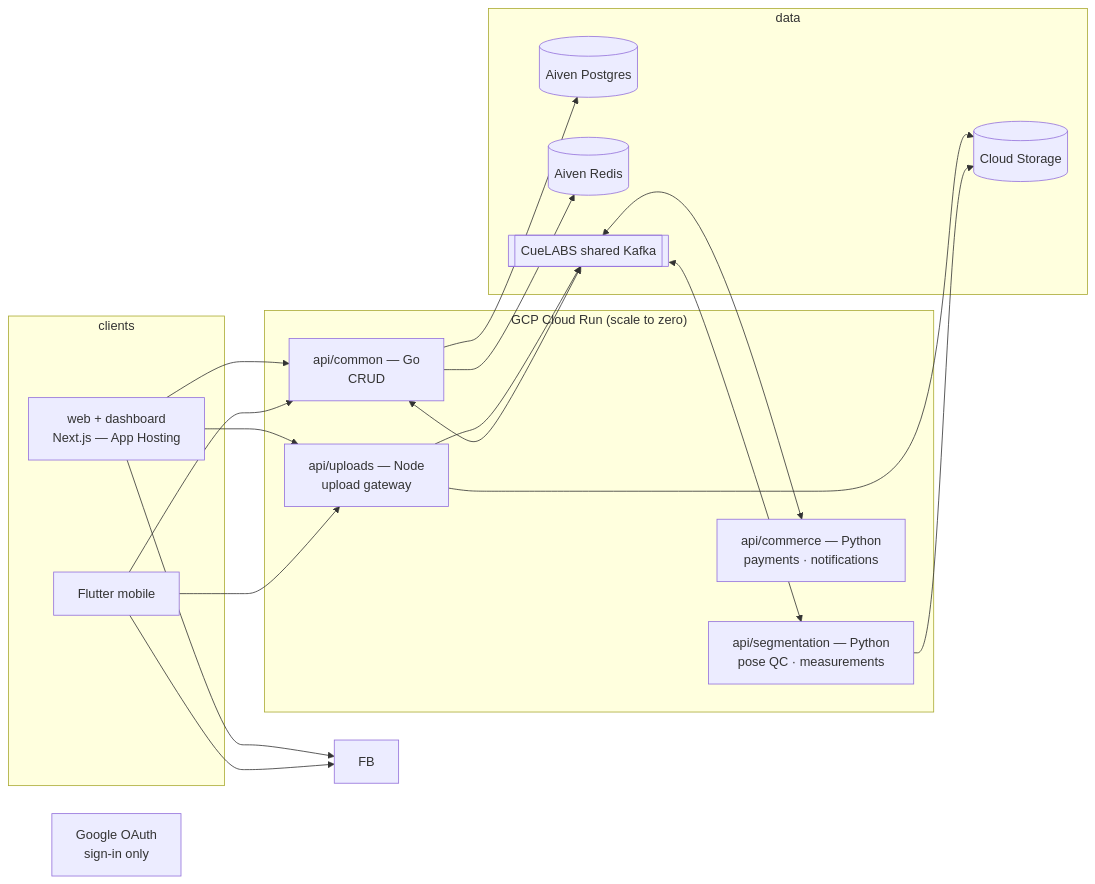
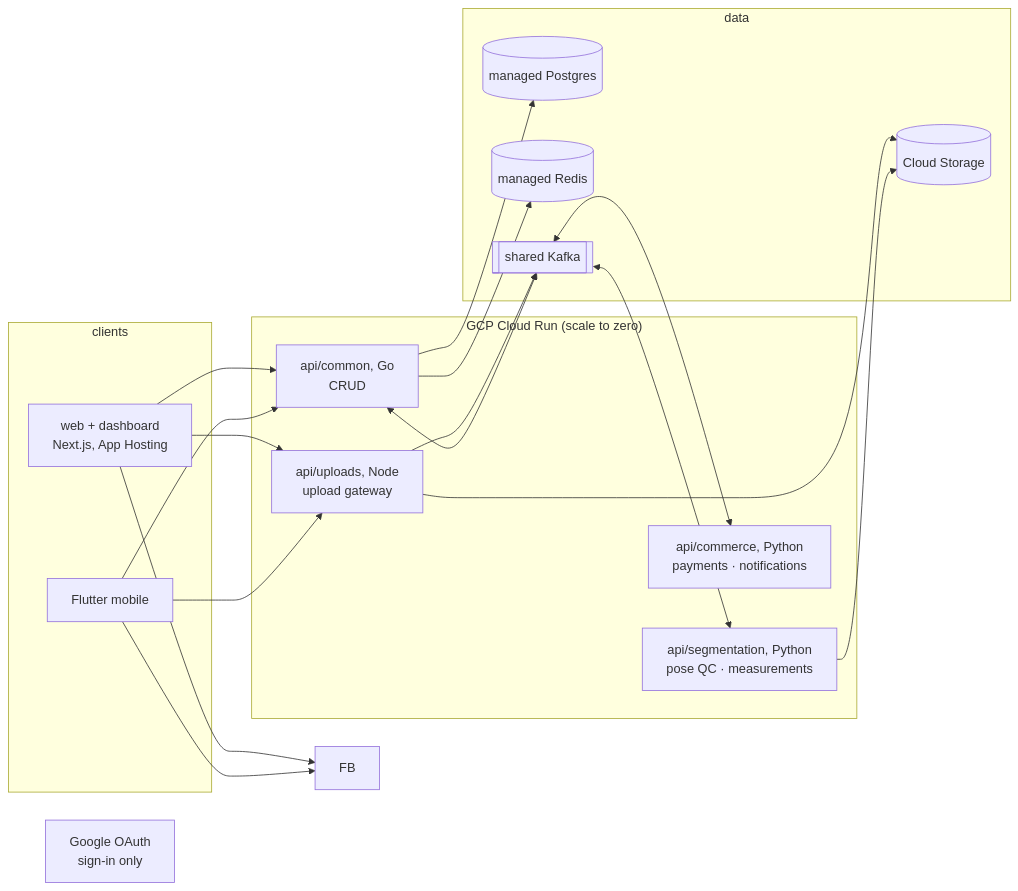
The diagram in docs/overview.md (cuesoftinc/apparule), drawn with Mermaid before and after one commit. The commit also changed other lines of this file and 28 other files, not shown here.

````diff
--- a/docs/overview.md
+++ b/docs/overview.md
@@ -10,34 +10,34 @@
 ```mermaid
 flowchart LR
     subgraph clients
-        WEB[web + dashboard<br/>Next.js — App Hosting]
+        WEB[web + dashboard<br/>Next.js, App Hosting]
         MOB[Flutter mobile]
     end
     GO[Google OAuth<br/>sign-in only]
     subgraph server["GCP Cloud Run (scale to zero)"]
-        AC[api/common — Go<br/>CRUD]
-        UP[api/uploads — Node<br/>upload gateway]
-        SG[api/segmentation — Python<br/>pose QC · measurements]
-        CM[api/commerce — Python<br/>payments · notifications]
+        AC[api/common, Go<br/>CRUD]
+        UP[api/uploads, Node<br/>upload gateway]
+        SG[api/segmentation, Python<br/>pose QC · measurements]
+        CM[api/commerce, Python<br/>payments · notifications]
     end
     subgraph data
-        PG[(Aiven Postgres)]
+        PG[(managed Postgres)]
         CS[(Cloud Storage)]
-        RD[(Aiven Redis)]
-        K[[CueLABS shared Kafka]]
+        RD[(managed Redis)]
+        K[[shared Kafka]]
     end
     WEB --> FB
     MOB --> FB
     WEB --> AC
     MOB --> AC
     WEB --> UP
     MOB --> UP
     AC --> PG
     AC --> RD
     UP --> CS
     UP --> K
     AC <--> K
     K <--> SG
     K <--> CM
     SG --> CS
 ```
````
